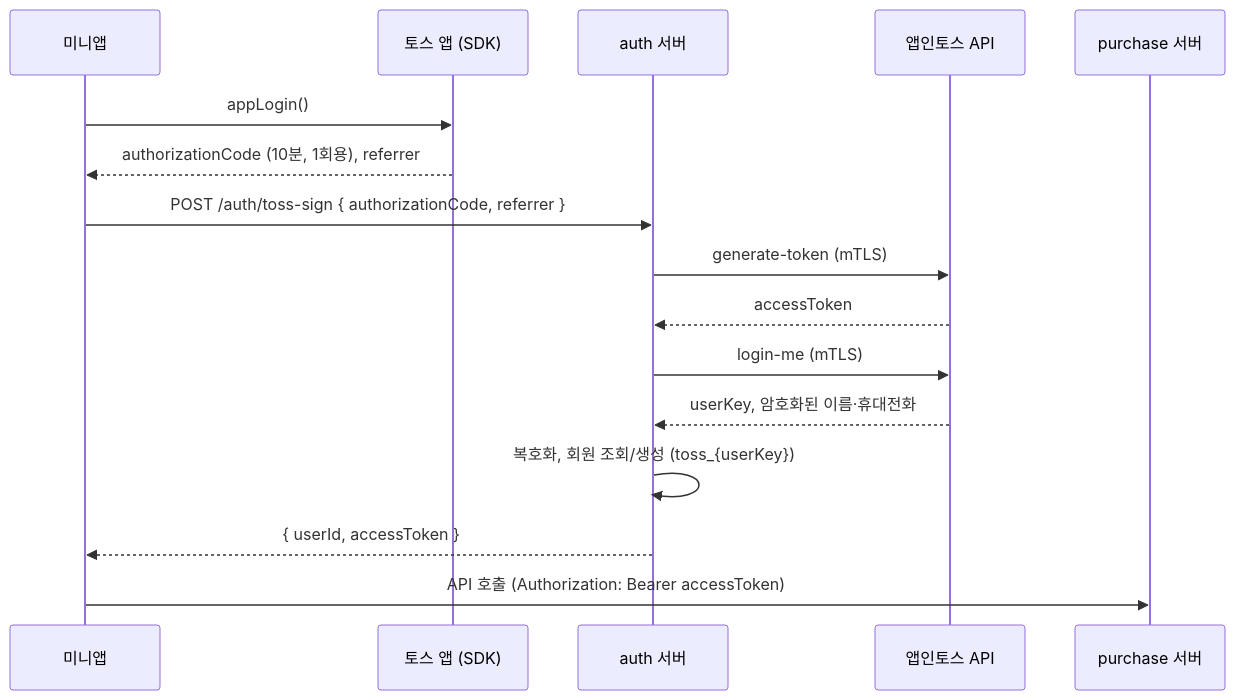
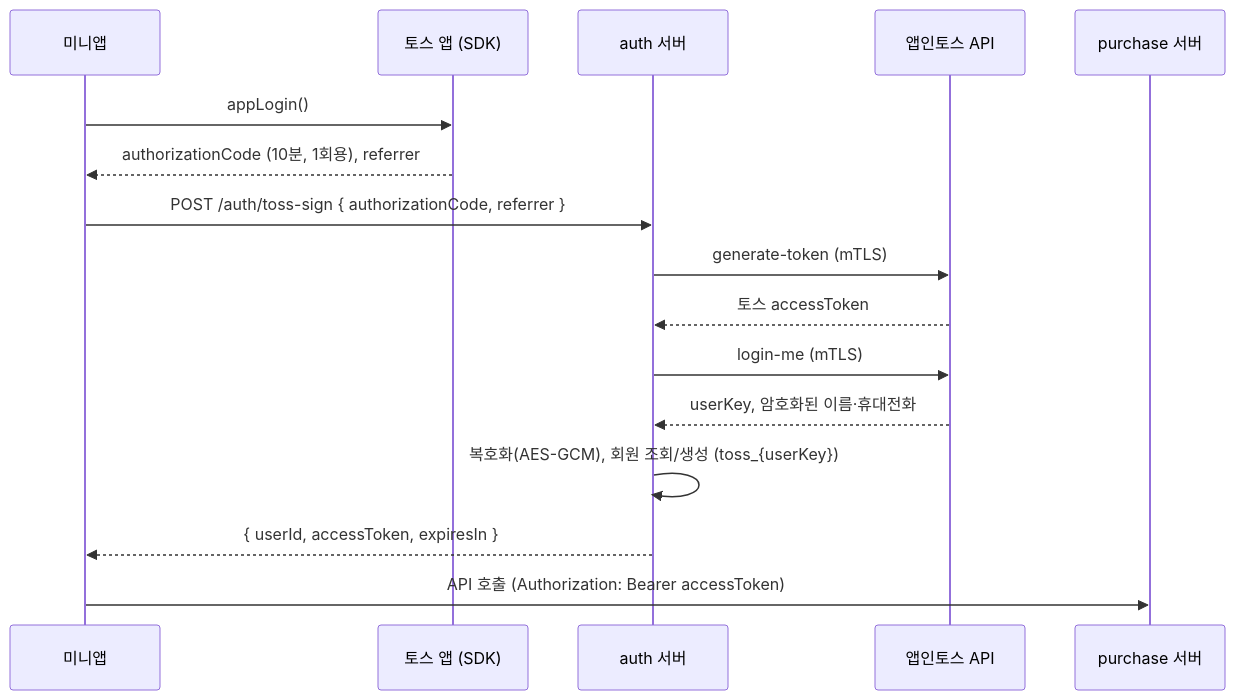
The diagram in docs/toss-login.md (repercent/repercent-toss), drawn with Mermaid before and after one commit. The commit also changed other lines of this file and 1 other file, not shown here.

First line of the commit message:
[Update]chore/toss-login-intro-docs

````diff
--- a/docs/toss-login.md
+++ b/docs/toss-login.md
@@ -16,19 +13,19 @@
 ```mermaid
 sequenceDiagram
     participant App as 미니앱
     participant Toss as 토스 앱 (SDK)
     participant Auth as auth 서버
     participant AIT as 앱인토스 API
     participant Purchase as purchase 서버
 
     App->>Toss: appLogin()
     Toss-->>App: authorizationCode (10분, 1회용), referrer
     App->>Auth: POST /auth/toss-sign { authorizationCode, referrer }
     Auth->>AIT: generate-token (mTLS)
-    AIT-->>Auth: accessToken
+    AIT-->>Auth: 토스 accessToken
     Auth->>AIT: login-me (mTLS)
     AIT-->>Auth: userKey, 암호화된 이름·휴대전화
-    Auth->>Auth: 복호화, 회원 조회/생성 (toss_{userKey})
-    Auth-->>App: { userId, accessToken }
+    Auth->>Auth: 복호화(AES-GCM), 회원 조회/생성 (toss_{userKey})
+    Auth-->>App: { userId, accessToken, expiresIn }
     App->>Purchase: API 호출 (Authorization: Bearer accessToken)
 ```
````
